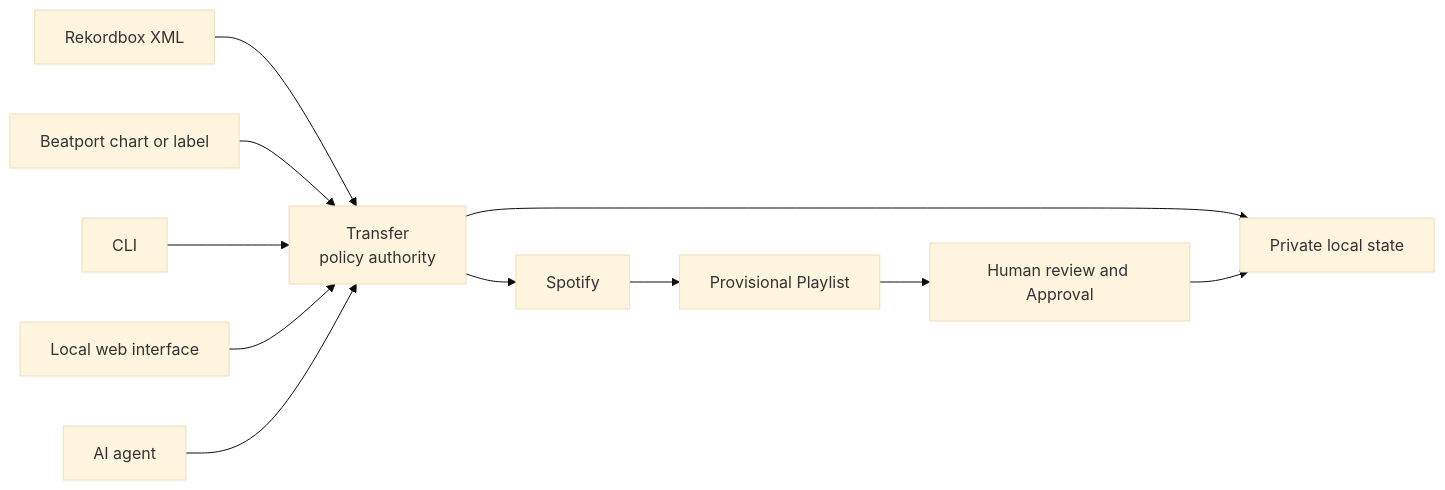
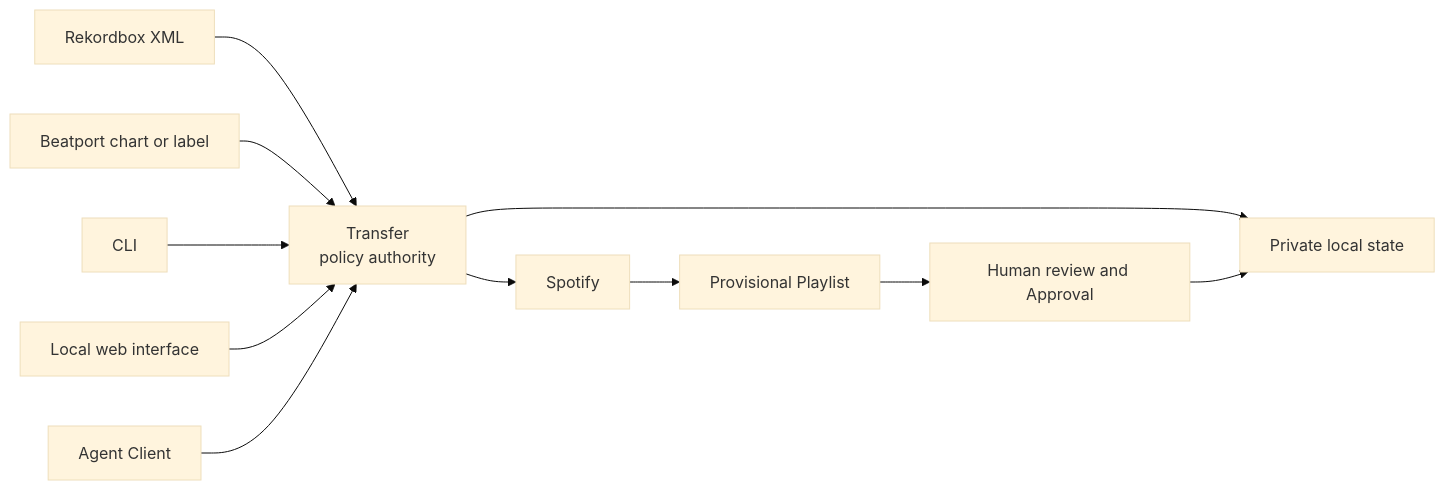
The diagram in README.md (spontain112/djsupport), drawn with Mermaid (base theme) before and after one commit. The commit also changed 7 other files, not shown here.

Commit message:
Resolve architecture documentation reviews

````diff
--- a/README.md
+++ b/README.md
@@ -21,13 +21,13 @@
 ```mermaid
 flowchart LR
     R["Rekordbox XML"] --> T
     B["Beatport chart or label"] --> T
     C["CLI"] --> T["Transfer<br/>policy authority"]
     W["Local web interface"] --> T
-    A["AI agent"] --> T
+    A["Agent Client"] --> T
     T --> L["Private local state"]
     T --> S["Spotify"]
     S --> P["Provisional Playlist"]
     P --> H["Human review and Approval"]
     H --> L
 ```
````
